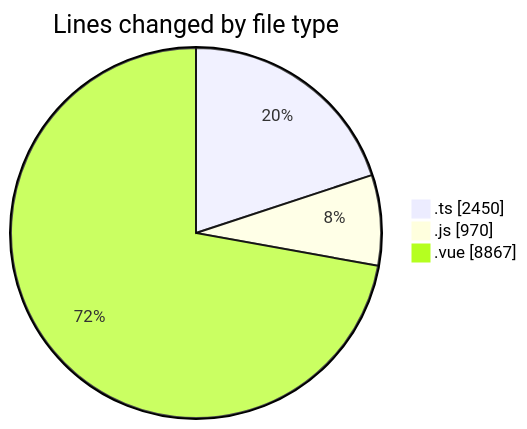
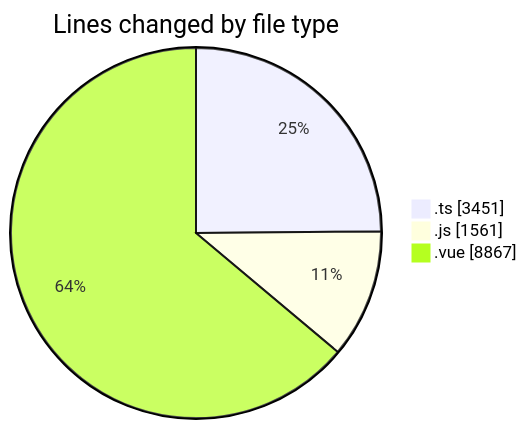
Before and after one commit to lephambinh05/code-tracking: the first of 2 diagrams in 2025-08-16/rentotp/README.md, drawn with Mermaid. The commit also changed other lines of this file and 1 other file, not shown here.

````diff
--- a/2025-08-16/rentotp/README.md
+++ b/2025-08-16/rentotp/README.md
@@ -55,7 +58,7 @@
 ```mermaid
 pie showData
 title Lines changed by file type
-".ts" : 2450
-".js" : 970
+".ts" : 3451
+".js" : 1561
 ".vue" : 8867
 ```
````
